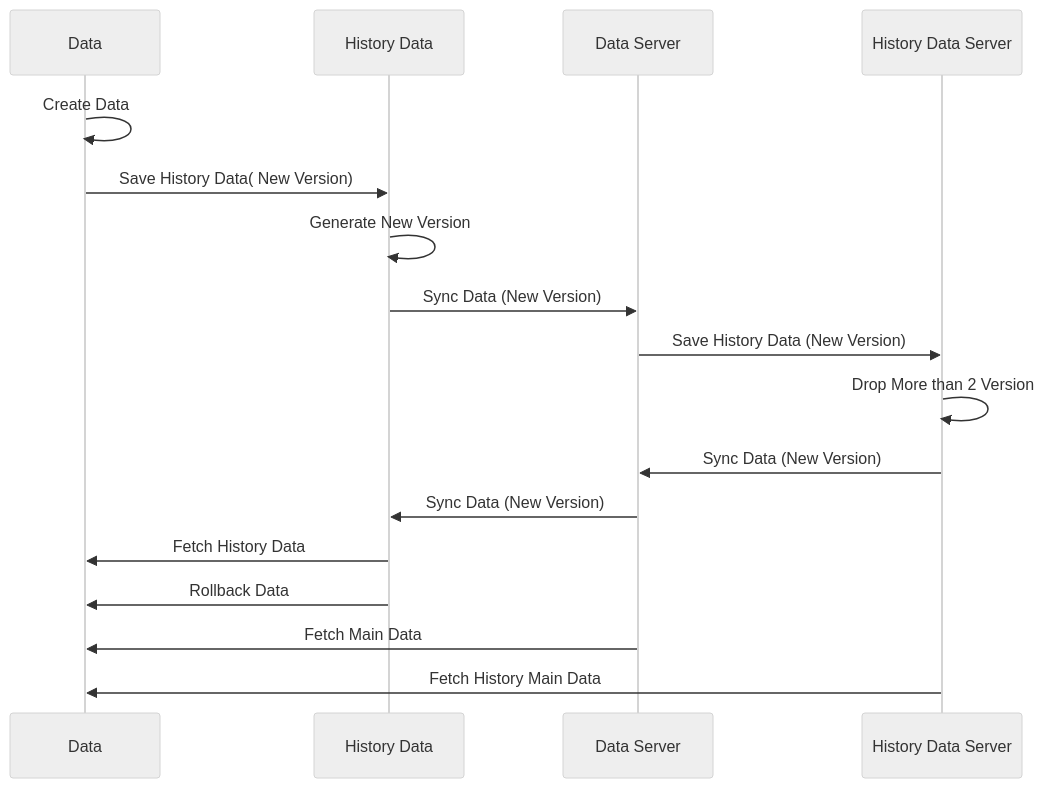
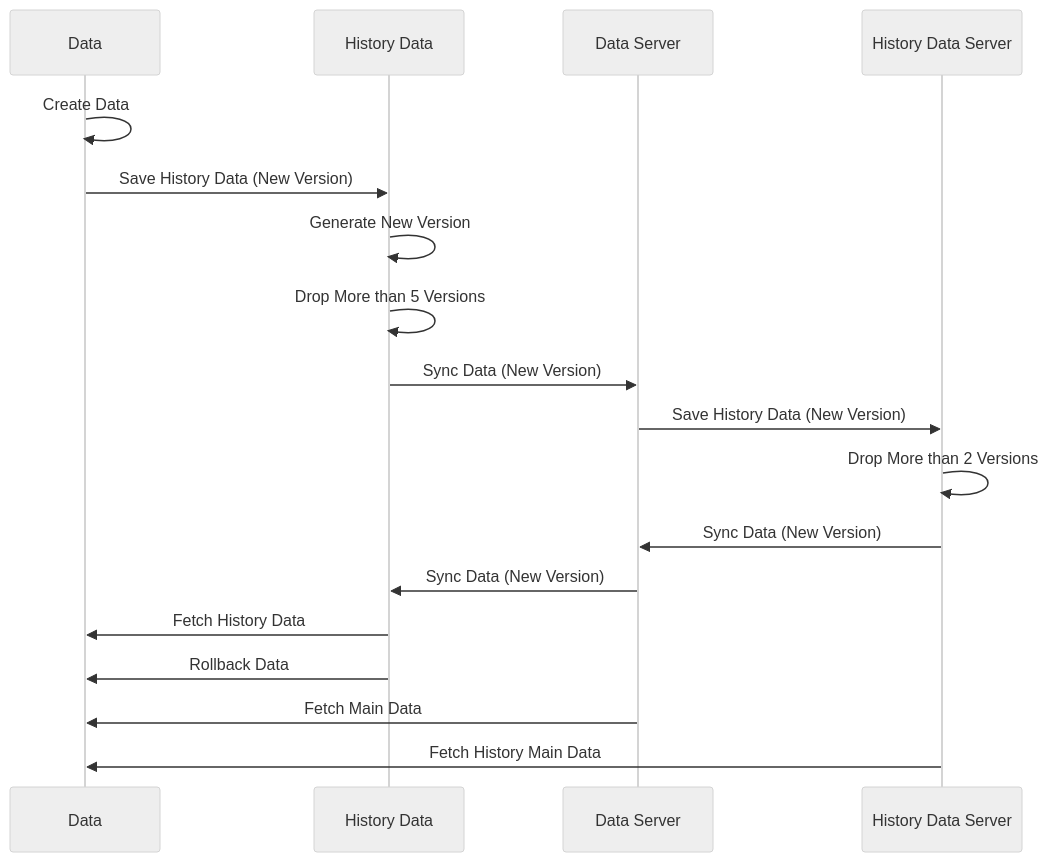
The diagram in Readme.md (chuongmep/TestSQLiteSync), drawn with Mermaid (neutral theme) before and after one commit.

````diff
--- a/Readme.md
+++ b/Readme.md
@@ -6,20 +6,22 @@
 ```mermaid
 sequenceDiagram
     participant A as Data
     participant B as History Data
     participant C as Data Server
     participant D as History Data Server
-    A->>A: Create Data    
-    A->>B: Save History Data( New Version)
+
+    A->>A: Create Data
+    A->>B: Save History Data (New Version)
     B->>B: Generate New Version
+    B->>B: Drop More than 5 Versions
     B->>C: Sync Data (New Version)
     C->>D: Save History Data (New Version)
-    D->>D: Drop More than 2 Version
+    D->>D: Drop More than 2 Versions
     D->>C: Sync Data (New Version)
     C->>B: Sync Data (New Version)
     B->>A: Fetch History Data
     B->>A: Rollback Data
     C->>A: Fetch Main Data
     D->>A: Fetch History Main Data
-    
+
 ```
````
